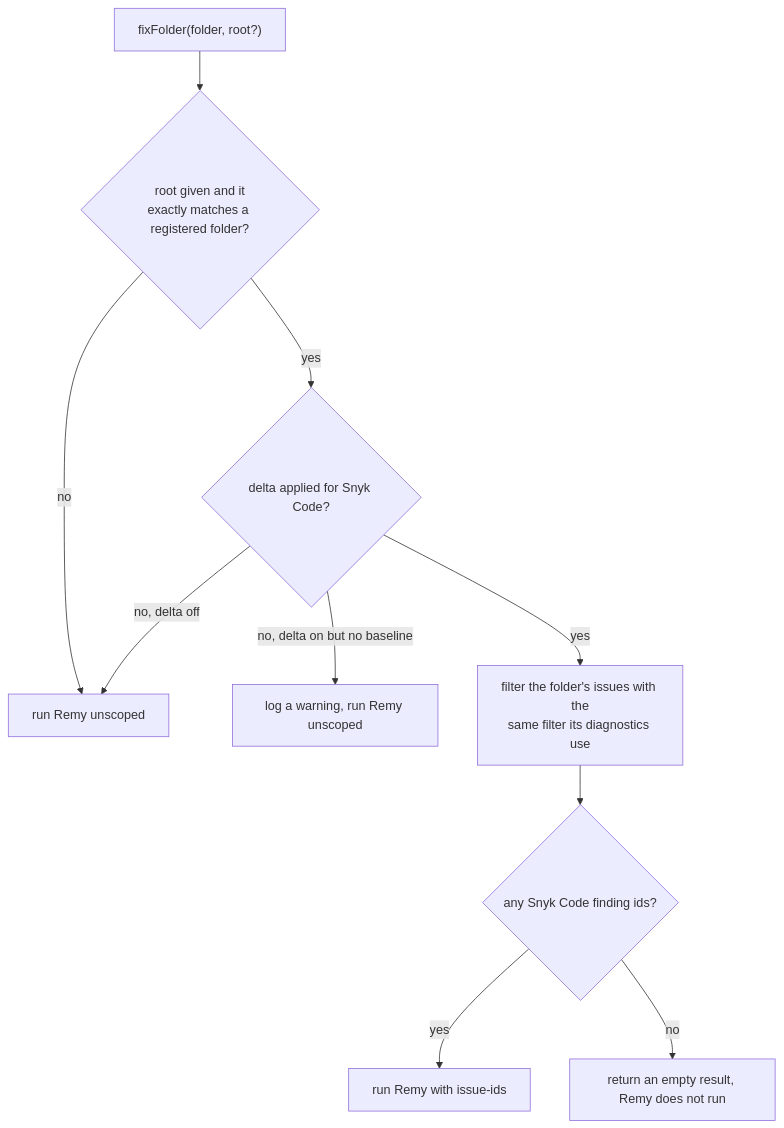
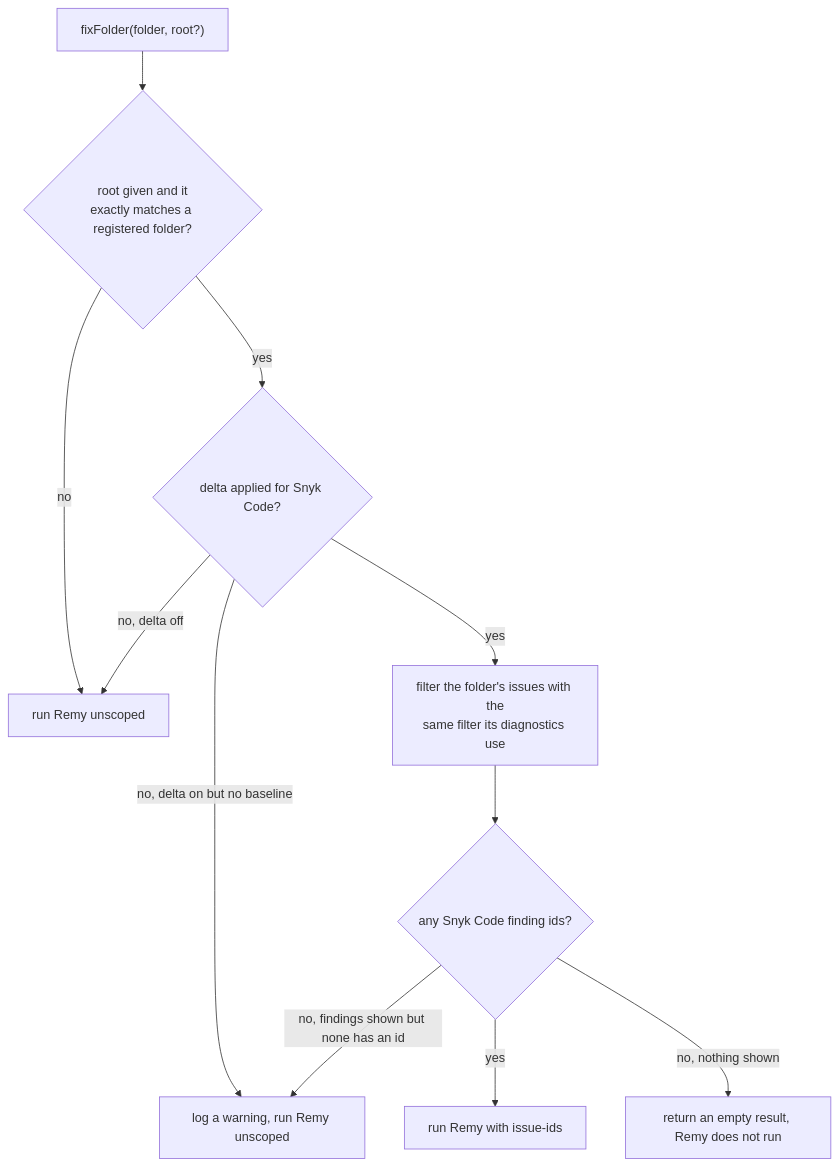
One commit to snyk/snyk-ls changed the fourth of 4 diagrams in docs/requirements/architecture.md. Above: the diagram before and after it, drawn with Mermaid. The commit also changed other lines of this file and 2 other files, not shown here.

Commit message:
fix(remediation): run unscoped when no net-new finding can be targeted [IDE-2592]
Snyk Code emits the snyk/asset/finding/v1 fingerprint only for a repository
with an origin remote, and it is the only id remy matches issue-ids
against. Without a remote, every net-new finding the developer was shown
had an empty id, so the run was scoped to nothing and Remy never ran. The
developer saw no proposal even though there were findings to fix.

When findings are shown but none has an id, the command now falls back to an
unscoped run with a warning, the same fail-open path as a missing baseline.
A folder with nothing net-new still skips the run.

````diff
--- a/docs/requirements/architecture.md
+++ b/docs/requirements/architecture.md
@@ -149,12 +149,13 @@
 ```mermaid
 flowchart TD
     A["fixFolder(folder, root?)"] --> B{"root given and it<br/>exactly matches a registered folder?"}
     B -->|no| U["run Remy unscoped"]
     B -->|yes| C{"delta applied for Snyk Code?"}
     C -->|"no, delta off"| U
     C -->|"no, delta on but no baseline"| W["log a warning, run Remy unscoped"]
     C -->|yes| D["filter the folder's issues with the<br/>same filter its diagnostics use"]
     D --> E{"any Snyk Code finding ids?"}
     E -->|yes| S["run Remy with issue-ids"]
-    E -->|no| N["return an empty result, Remy does not run"]
+    E -->|"no, findings shown but none has an id"| W
+    E -->|"no, nothing shown"| N["return an empty result, Remy does not run"]
 ```
````
